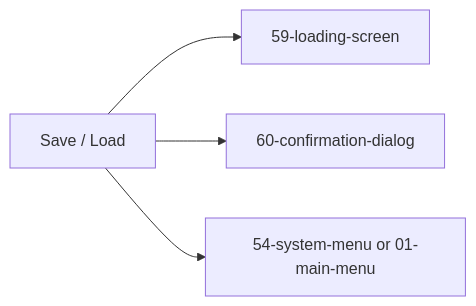
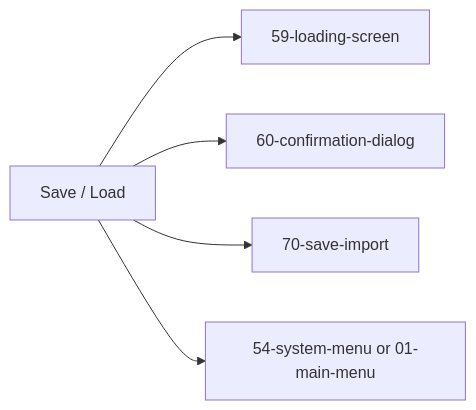
Before and after one commit to SunaNoOshiro/Heroes_Reforged_AI_Realms: the fifth of 5 diagrams in docs/architecture/wiki/screens/55-save-load/architecture.md, drawn with Mermaid. The commit also changed other lines of this file and 518 other files, not shown here.

First line of the commit message:
Add doc-audit skill and sweep architecture/screen docs

````diff
--- a/docs/architecture/wiki/screens/55-save-load/architecture.md
+++ b/docs/architecture/wiki/screens/55-save-load/architecture.md
@@ -68,7 +94,8 @@
 ```mermaid
 flowchart LR
   Current["Save / Load"]
   Current --> T0["59-loading-screen"]
   Current --> T1["60-confirmation-dialog"]
-  Current --> T2["54-system-menu or 01-main-menu"]
+  Current --> T2["70-save-import"]
+  Current --> T3["54-system-menu or 01-main-menu"]
 ```
````
